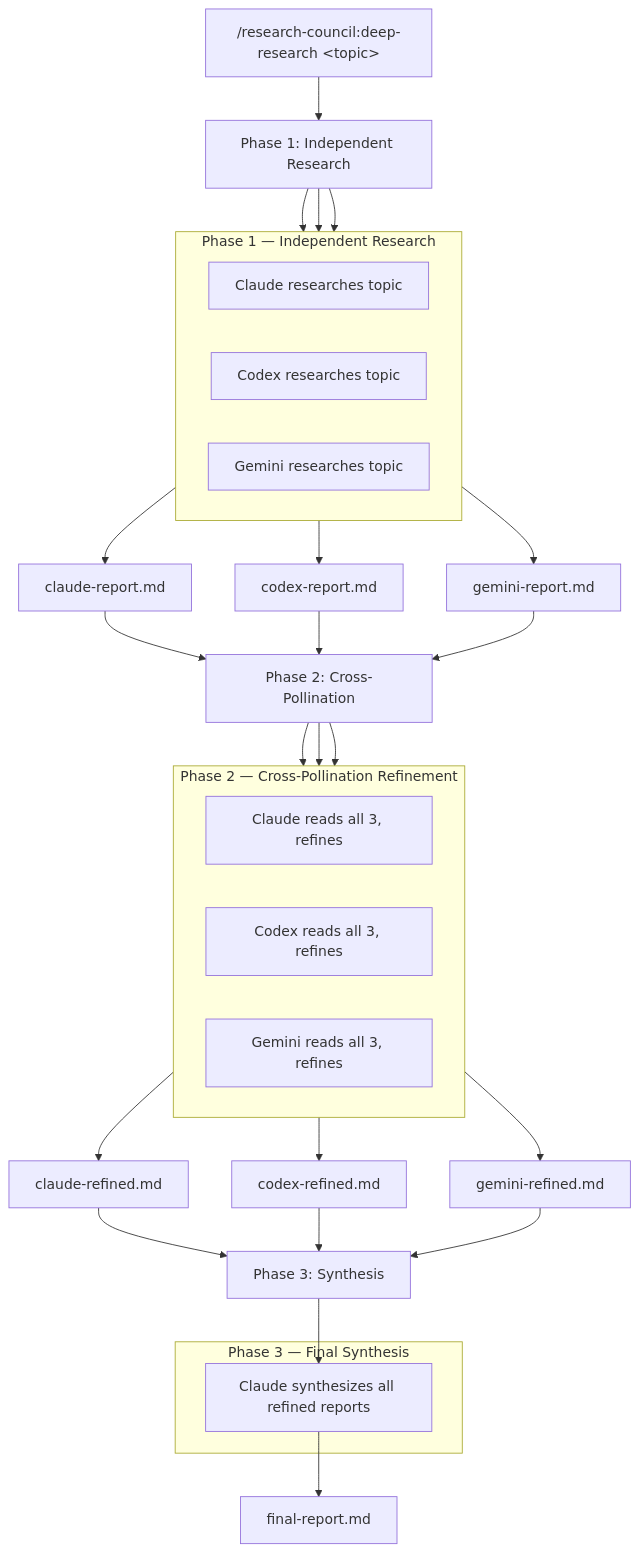
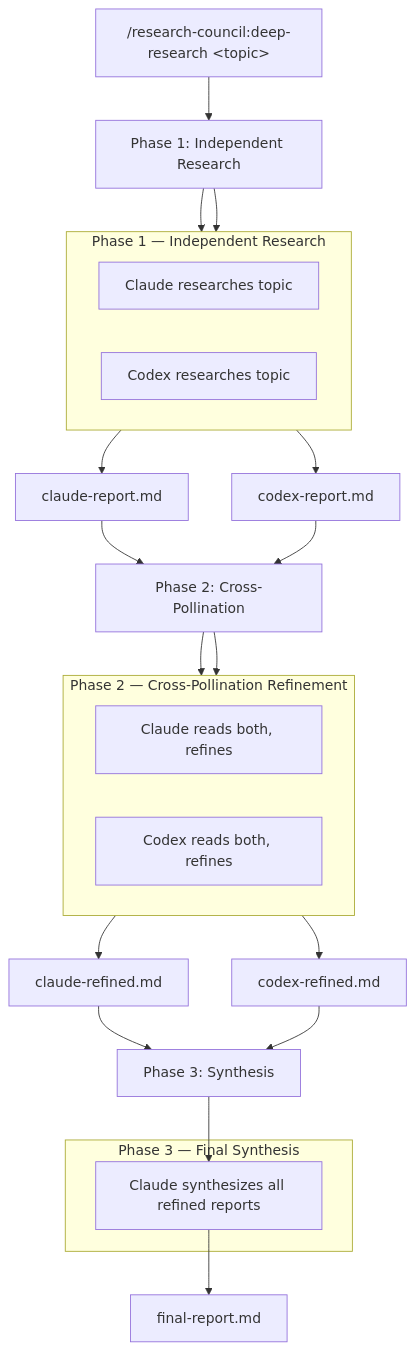
Before and after one commit to Gladiator07/research-council: the diagram in README.md, drawn with Mermaid. The commit also changed other lines of this file and 14 other files, not shown here.

First line of the commit message:
feat: remove Gemini CLI, run research with Claude + Codex only

````diff
--- a/README.md
+++ b/README.md
@@ -25,39 +27,35 @@
 ```mermaid
 flowchart TD
     A["/research-council:deep-research &lt;topic&gt;"] --> B["Phase 1: Independent Research"]
 
     subgraph Phase1["Phase 1 — Independent Research"]
         direction LR
         C1["Claude researches topic"]
         C2["Codex researches topic"]
-        C3["Gemini researches topic"]
     end
 
-    B --> C1 & C2 & C3
+    B --> C1 & C2
     C1 --> R1["claude-report.md"]
     C2 --> R2["codex-report.md"]
-    C3 --> R3["gemini-report.md"]
 
-    R1 & R2 & R3 --> D["Phase 2: Cross-Pollination"]
+    R1 & R2 --> D["Phase 2: Cross-Pollination"]
 
     subgraph Phase2["Phase 2 — Cross-Pollination Refinement"]
         direction LR
-        D1["Claude reads all 3, refines"]
-        D2["Codex reads all 3, refines"]
-        D3["Gemini reads all 3, refines"]
+        D1["Claude reads both, refines"]
+        D2["Codex reads both, refines"]
     end
 
-    D --> D1 & D2 & D3
+    D --> D1 & D2
     D1 --> E1["claude-refined.md"]
     D2 --> E2["codex-refined.md"]
-    D3 --> E3["gemini-refined.md"]
 
-    E1 & E2 & E3 --> F["Phase 3: Synthesis"]
+    E1 & E2 --> F["Phase 3: Synthesis"]
 
     subgraph Phase3["Phase 3 — Final Synthesis"]
         F1["Claude synthesizes all refined reports"]
     end
 
     F --> F1
     F1 --> G["final-report.md"]
 ```
````
